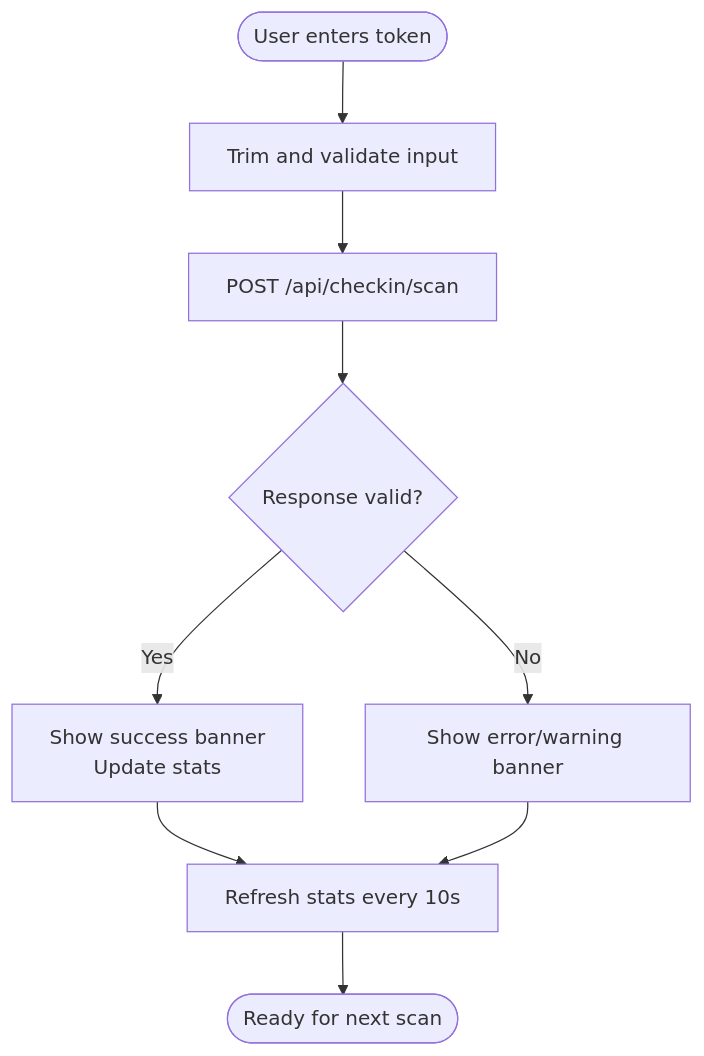
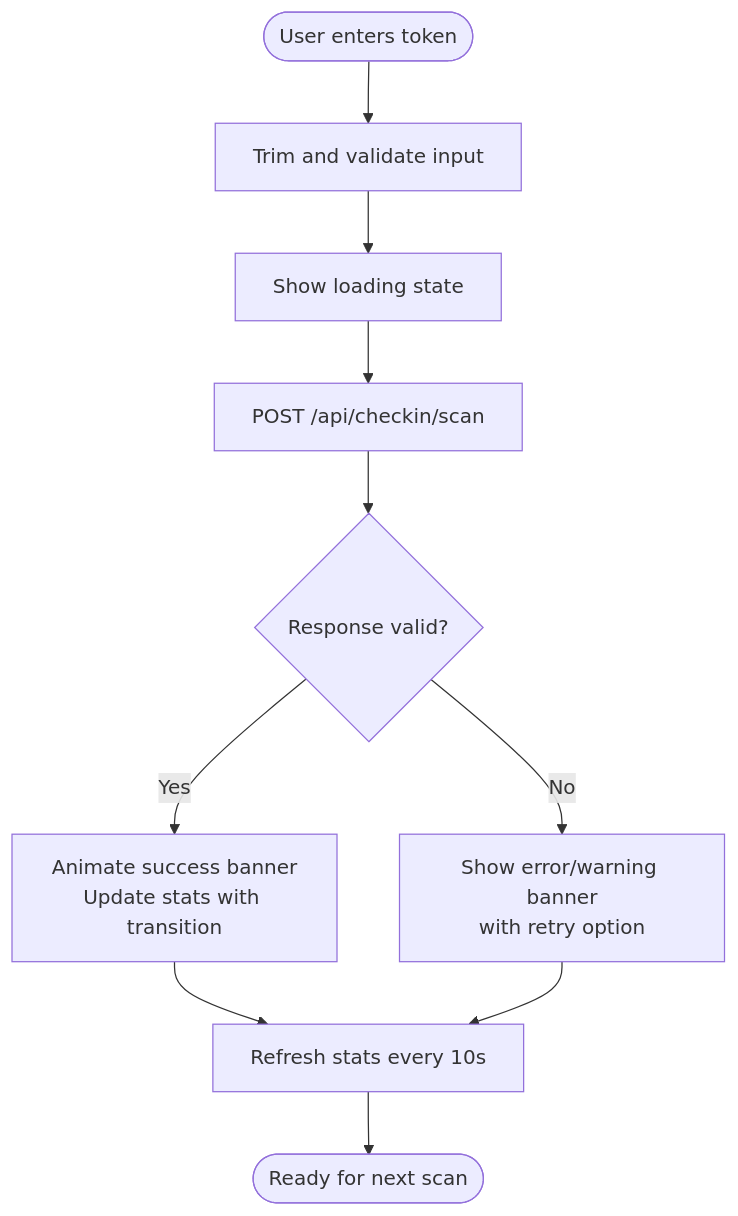
One commit to ObeyMuchechesi/TicketFlow changed the third of 5 diagrams in .qoder/repowiki/en/content/Gate Check-in System/Gate Check-in System.md. Above: the diagram before and after it, drawn with Mermaid. The commit also changed other lines of this file and 12 other files, not shown here.

First line of the commit message:
docs: EcoCash schema columns and project documentation refresh

````diff
--- a/.qoder/repowiki/en/content/Gate Check-in System/Gate Check-in System.md
+++ b/.qoder/repowiki/en/content/Gate Check-in System/Gate Check-in System.md
@@ -162,11 +185,12 @@
 ```mermaid
 flowchart TD
 Start(["User enters token"]) --> ValidateInput["Trim and validate input"]
-ValidateInput --> CallAPI["POST /api/checkin/scan"]
+ValidateInput --> ShowLoading["Show loading state"]
+ShowLoading --> CallAPI["POST /api/checkin/scan"]
 CallAPI --> Response{"Response valid?"}
-Response --> |Yes| ShowSuccess["Show success banner<br/>Update stats"]
-Response --> |No| ShowError["Show error/warning banner"]
+Response --> |Yes| ShowSuccess["Animate success banner<br/>Update stats with transition"]
+Response --> |No| ShowError["Show error/warning banner<br/>with retry option"]
 ShowSuccess --> RefreshStats["Refresh stats every 10s"]
 ShowError --> RefreshStats
 RefreshStats --> End(["Ready for next scan"])
 ```
````
